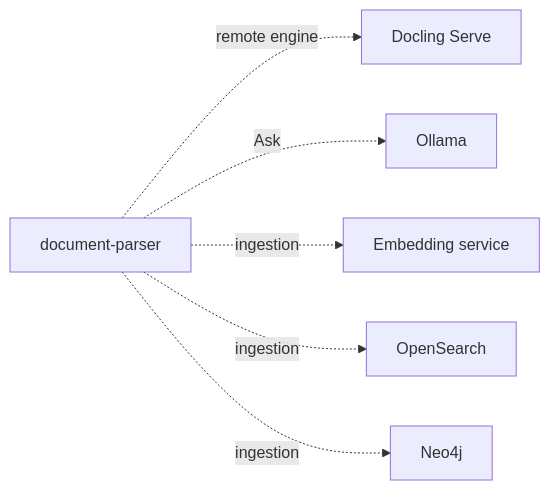
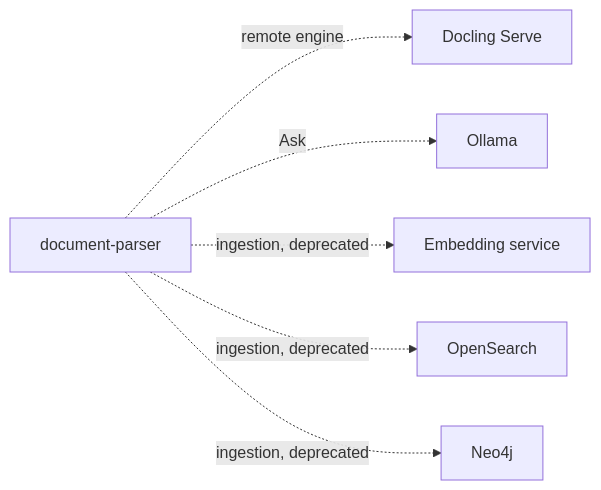
Before and after one commit to scub-france/SmolDocling-visualizer: the diagram in docs/configuration.md, drawn with Mermaid. The commit also changed other lines of this file and 9 other files, not shown here.

First line of the commit message:
docs: mark ingestion as deprecated, removed in 0.8.0 (#340)

````diff
--- a/docs/configuration.md
+++ b/docs/configuration.md
@@ -56,9 +56,9 @@
 ```mermaid
 flowchart LR
     Parser[document-parser]
     Parser -.->|remote engine| Serve[Docling Serve]
     Parser -.->|Ask| Ollama
-    Parser -.->|ingestion| Embedding[Embedding service]
-    Parser -.->|ingestion| OpenSearch
-    Parser -.->|ingestion| Neo4j
+    Parser -.->|ingestion, deprecated| Embedding[Embedding service]
+    Parser -.->|ingestion, deprecated| OpenSearch
+    Parser -.->|ingestion, deprecated| Neo4j
 ```
````
